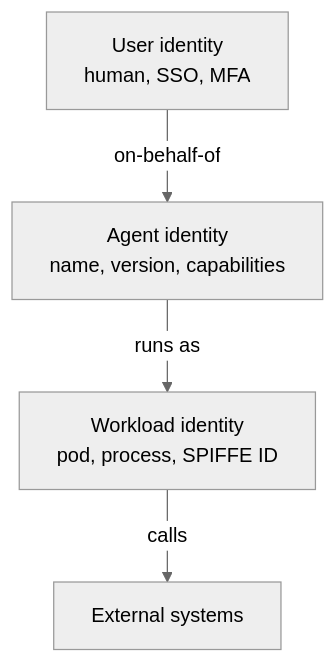
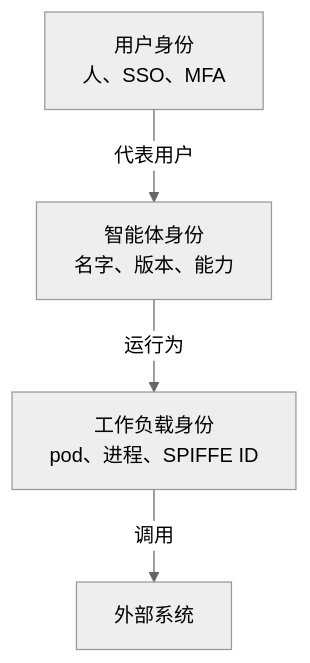
One commit to latere-ai/ai-as-an-infrastructure changed the second of 3 diagrams in zh/p8-safety/34-security-authorization.qmd. Above: the diagram before and after it, drawn with Mermaid (neutral theme). The commit also changed other lines of this file and 73 other files, not shown here.

First line of the commit message:
book: add concept diagrams across all chapters, bilingual

````diff
--- a/zh/p8-safety/34-security-authorization.qmd
+++ b/zh/p8-safety/34-security-authorization.qmd
@@ -40,10 +68,12 @@
 ```{mermaid}
+%%| label: fig-security-three-identities
+%%| fig-cap: "每次调用上调和的三个正交主体。用户被委派到智能体之上，智能体作为工作负载运行，工作负载触达外部系统。每条轴都回答另外两条无法回答的一种归属。"
 graph TB
-    U[User identity<br/>human, SSO, MFA]
-    A[Agent identity<br/>name, version, capabilities]
-    W[Workload identity<br/>pod, process, SPIFFE ID]
+    U["用户身份<br/>人、SSO、MFA"]
+    A["智能体身份<br/>名字、版本、能力"]
+    W["工作负载身份<br/>pod、进程、SPIFFE ID"]
 
-    U -->|"on-behalf-of"| A
-    A -->|"runs as"| W
-    W -->|"calls"| EXT[External systems]
+    U -->|"代表用户"| A
+    A -->|"运行为"| W
+    W -->|"调用"| EXT["外部系统"]
 ```
````
